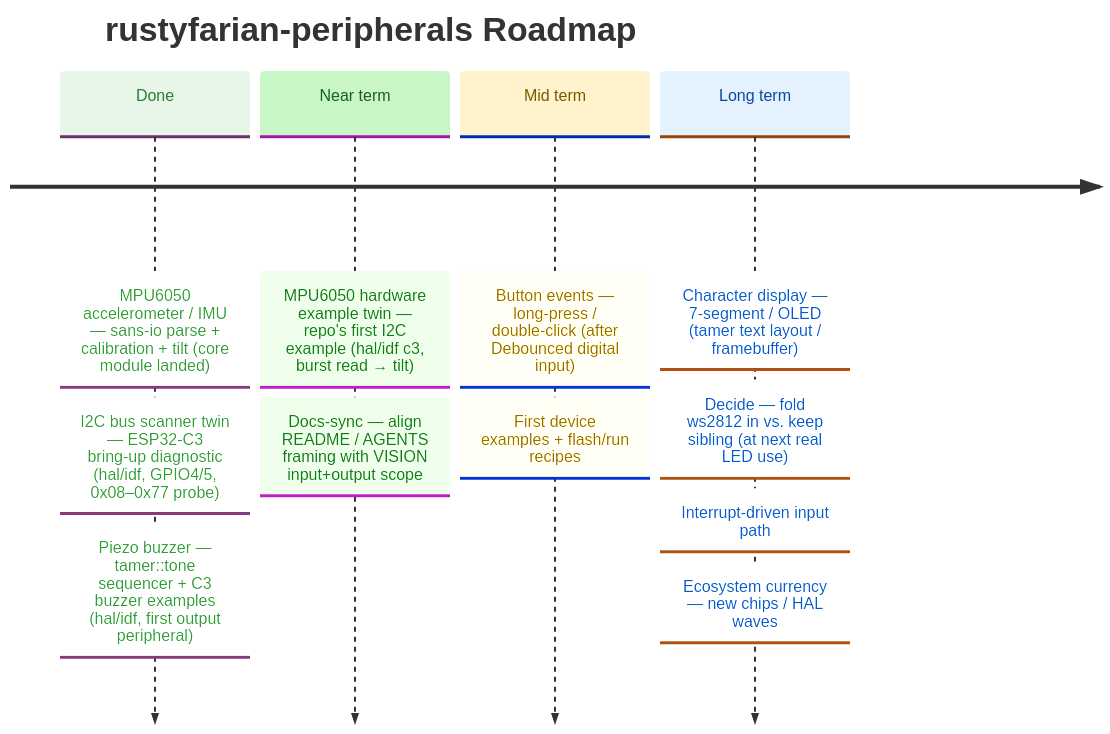
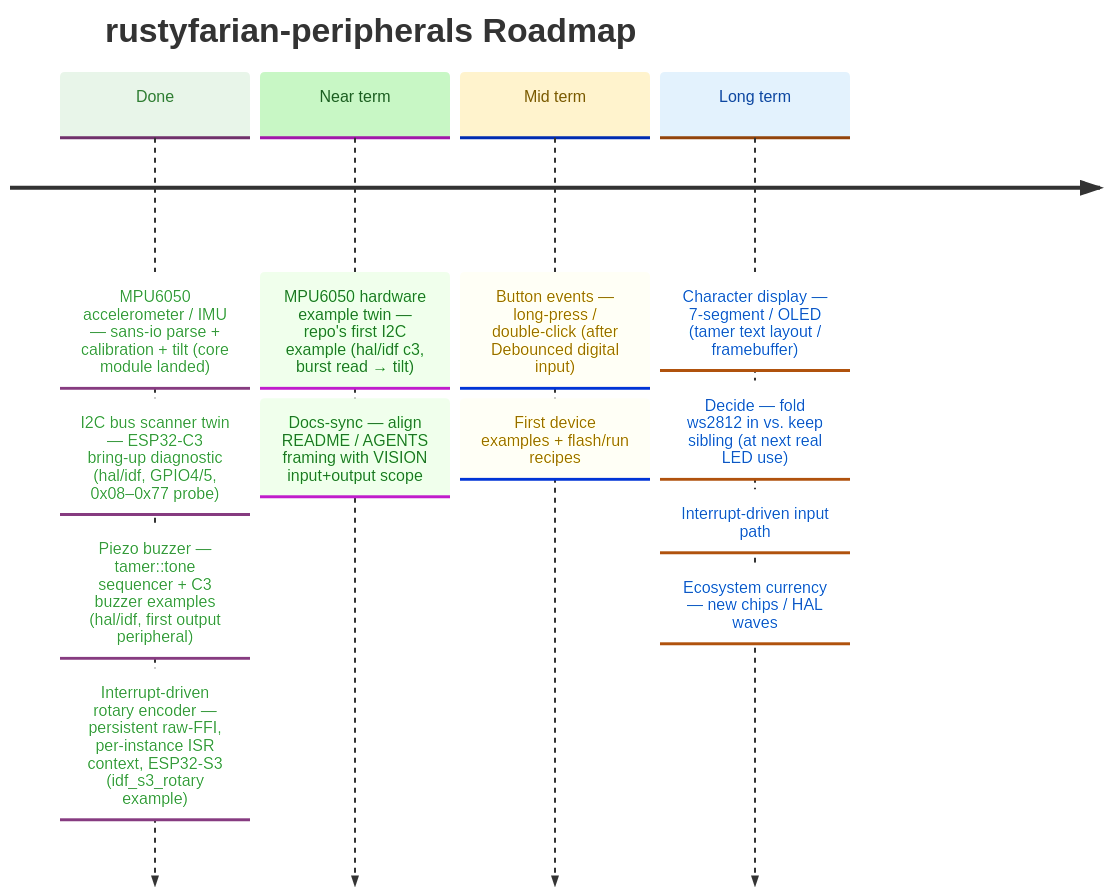
One commit to datenkollektiv/rustyfarian-peripherals changed the diagram in docs/ROADMAP.md. Above: the diagram before and after it, drawn with Mermaid. The commit also changed other lines of this file and 13 other files, not shown here.

Commit message:
Add interrupt-driven rotary encoder with persistent ISR and button timing

````diff
--- a/docs/ROADMAP.md
+++ b/docs/ROADMAP.md
@@ -16,33 +16,34 @@
 ```mermaid
 %%{init: {
   "theme": "base",
   "themeVariables": {
     "cScale0": "#e8f5e9",
     "cScaleLabel0": "#2e7d32",
     "cScale1": "#c8f7c5",
     "cScaleLabel1": "#1b5e20",
     "cScale2": "#fff3cd",
     "cScaleLabel2": "#7a5a00",
     "cScale3": "#e3f2fd",
     "cScaleLabel3": "#0d47a1"
   }
 }}%%
 
 timeline
     title rustyfarian-peripherals Roadmap
 
     Done      : MPU6050 accelerometer / IMU — sans-io parse + calibration + tilt (core module landed)
               : I2C bus scanner twin — ESP32-C3 bring-up diagnostic (hal/idf, GPIO4/5, 0x08–0x77 probe)
               : Piezo buzzer — tamer::tone sequencer + C3 buzzer examples (hal/idf, first output peripheral)
+              : Interrupt-driven rotary encoder — persistent raw-FFI, per-instance ISR context, ESP32-S3 (idf_s3_rotary example)
 
     Near term : MPU6050 hardware example twin — repo's first I2C example (hal/idf c3, burst read → tilt)
               : Docs-sync — align README / AGENTS framing with VISION input+output scope
 
     Mid term  : Button events — long-press / double-click (after Debounced digital input)
               : First device examples + flash/run recipes
 
     Long term : Character display — 7-segment / OLED (tamer text layout / framebuffer)
               : Decide — fold ws2812 in vs. keep sibling (at next real LED use)
               : Interrupt-driven input path
               : Ecosystem currency — new chips / HAL waves
 ```
````
